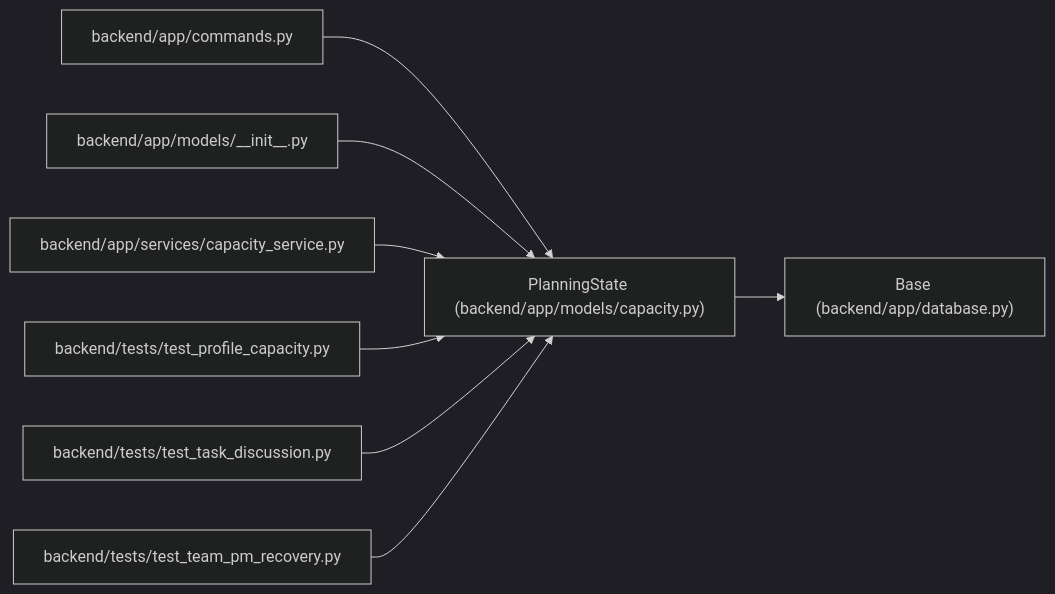
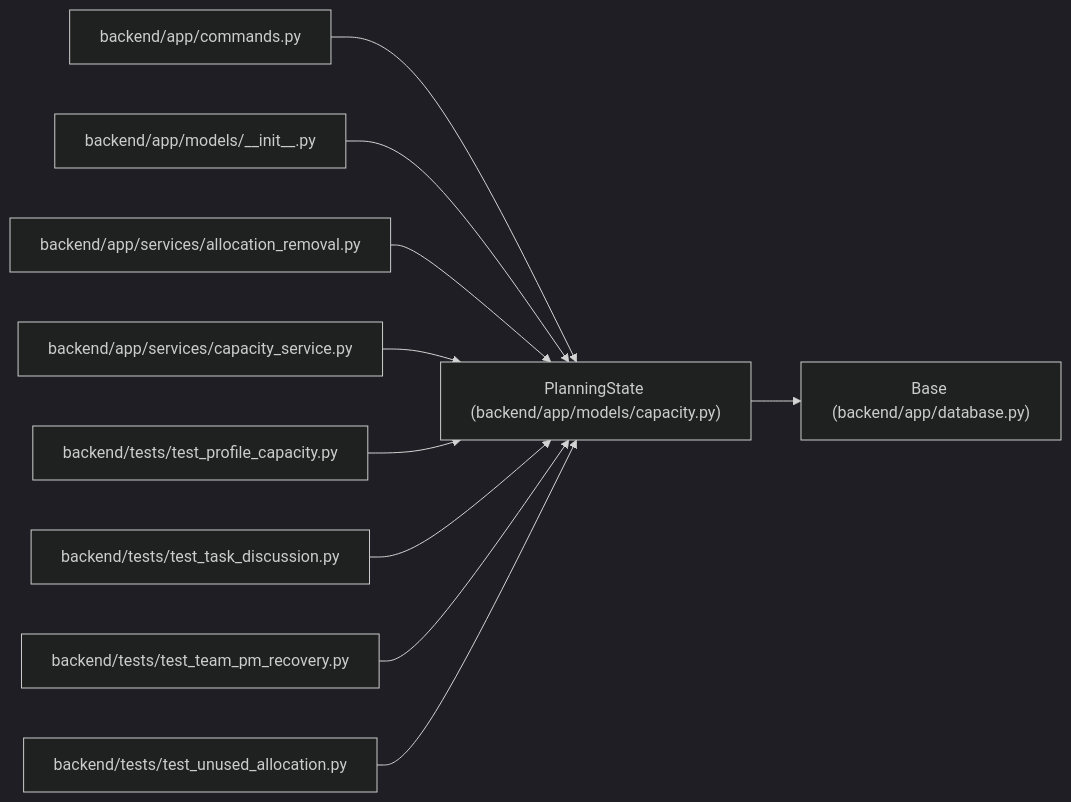
Before and after one commit to Denissvgn/WorkChord: the diagram in docs/llm_wiki/entities/PlanningState.md, drawn with Mermaid (dark theme). The commit also changed other lines of this file and 636 other files, not shown here.

Commit message:
Document capacity removal and bounded routing previews

````diff
--- a/docs/llm_wiki/entities/PlanningState.md
+++ b/docs/llm_wiki/entities/PlanningState.md
@@ -26,26 +26,32 @@
 ```mermaid
 flowchart LR
     n0["PlanningState (backend/app/models/capacity.py)"]
     n1["Base (backend/app/database.py)"]
     n2["backend/app/commands.py"]
     n3["backend/app/models/__init__.py"]
-    n4["backend/app/services/capacity_service.py"]
-    n5["backend/tests/test_profile_capacity.py"]
-    n6["backend/tests/test_task_discussion.py"]
-    n7["backend/tests/test_team_pm_recovery.py"]
+    n4["backend/app/services/allocation_removal.py"]
+    n5["backend/app/services/capacity_service.py"]
+    n6["backend/tests/test_profile_capacity.py"]
+    n7["backend/tests/test_task_discussion.py"]
+    n8["backend/tests/test_team_pm_recovery.py"]
+    n9["backend/tests/test_unused_allocation.py"]
     n0 --> n1
     n2 --> n0
     n3 --> n0
     n4 --> n0
     n5 --> n0
     n6 --> n0
     n7 --> n0
+    n8 --> n0
+    n9 --> n0
     click n0 "../modules/models_capacity.md"
     click n1 "../modules/app_database.md"
     click n2 "../modules/commands.md"
     click n3 "../modules/models___init__.md"
-    click n4 "../modules/capacity_service.md"
-    click n5 "../modules/test_profile_capacity.md"
-    click n6 "../modules/test_task_discussion.md"
-    click n7 "../modules/test_team_pm_recovery.md"
+    click n4 "../modules/allocation_removal.md"
+    click n5 "../modules/capacity_service.md"
+    click n6 "../modules/test_profile_capacity.md"
+    click n7 "../modules/test_task_discussion.md"
+    click n8 "../modules/test_team_pm_recovery.md"
+    click n9 "../modules/test_unused_allocation.md"
 ```
````
